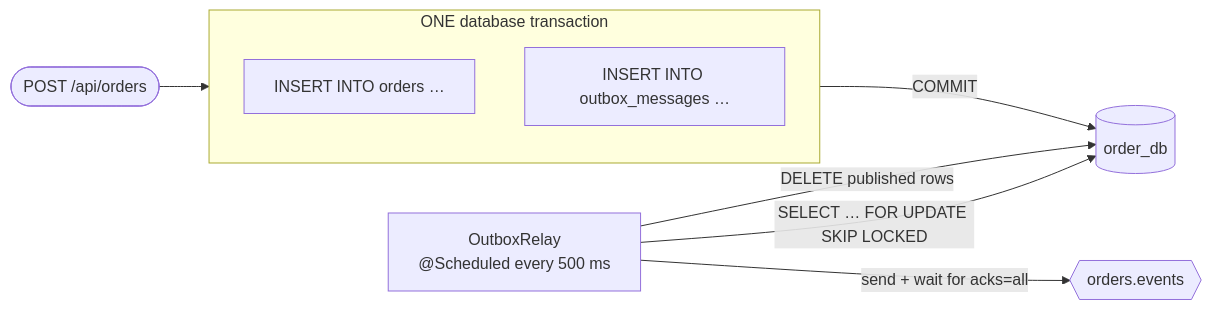
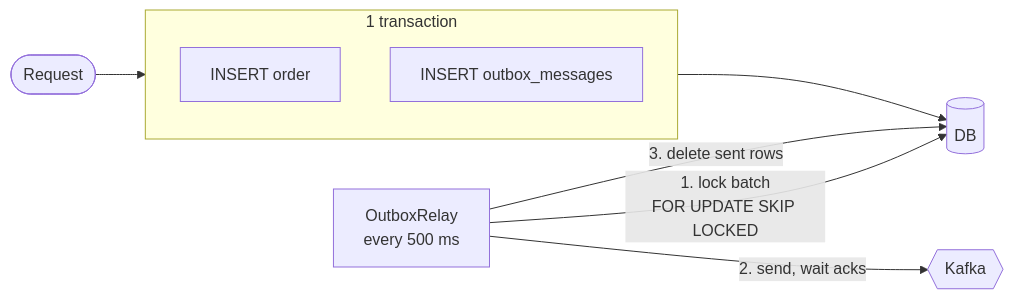
The sixth of 10 diagrams in README.md (BayechouAbdelhadi/kafka-java-demo), drawn with Mermaid before and after one commit. The commit also changed other lines of this file, not shown here.

Commit message:
Refactor README.md to improve clarity and structure, updating architecture and component descriptions for the Event-Driven Order System

````diff
--- a/README.md
+++ b/README.md
@@ -302,13 +139,12 @@
 ```mermaid
 flowchart LR
-    subgraph tx["ONE database transaction"]
-        direction TB
-        B["INSERT INTO orders …"]
-        O["INSERT INTO outbox_messages …"]
+    REQ([Request]) --> tx
+    subgraph tx["1 transaction"]
+        B[INSERT order]
+        E[INSERT outbox_messages]
     end
-    REQ([POST /api/orders]) --> tx
-    tx -- COMMIT --> DB[(order_db)]
-    R["OutboxRelay<br/>@Scheduled every 500 ms"] -- "SELECT … FOR UPDATE SKIP LOCKED" --> DB
-    R -- "send + wait for acks=all" --> K{{orders.events}}
-    R -- "DELETE published rows" --> DB
+    tx --> DB[(DB)]
+    R["OutboxRelay<br/>every 500 ms"] -- "1. lock batch<br/>FOR UPDATE SKIP LOCKED" --> DB
+    R -- "2. send, wait acks" --> K{{Kafka}}
+    R -- "3. delete sent rows" --> DB
 ```
````
